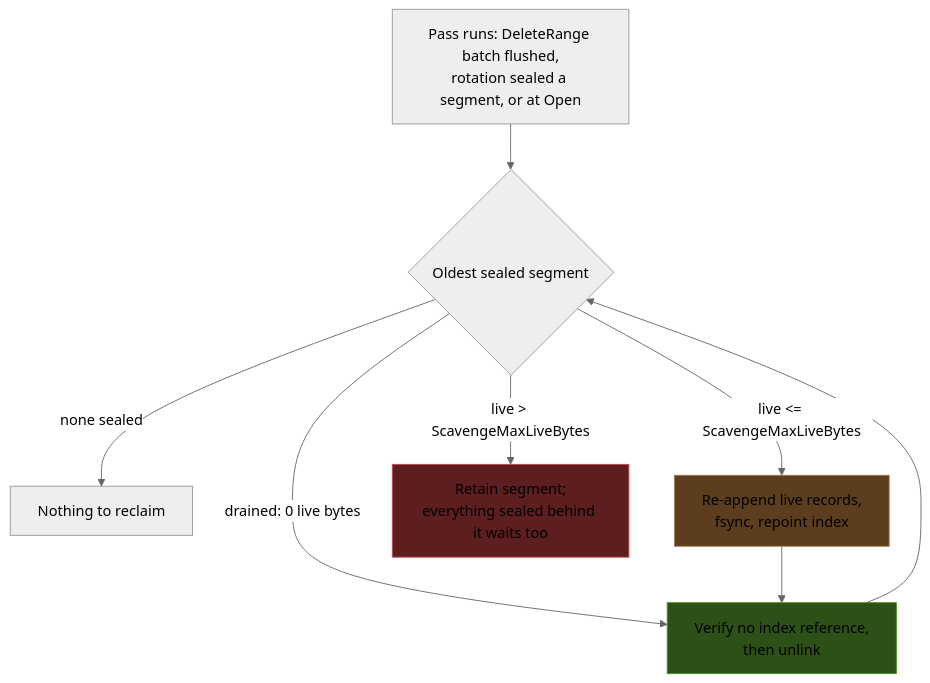
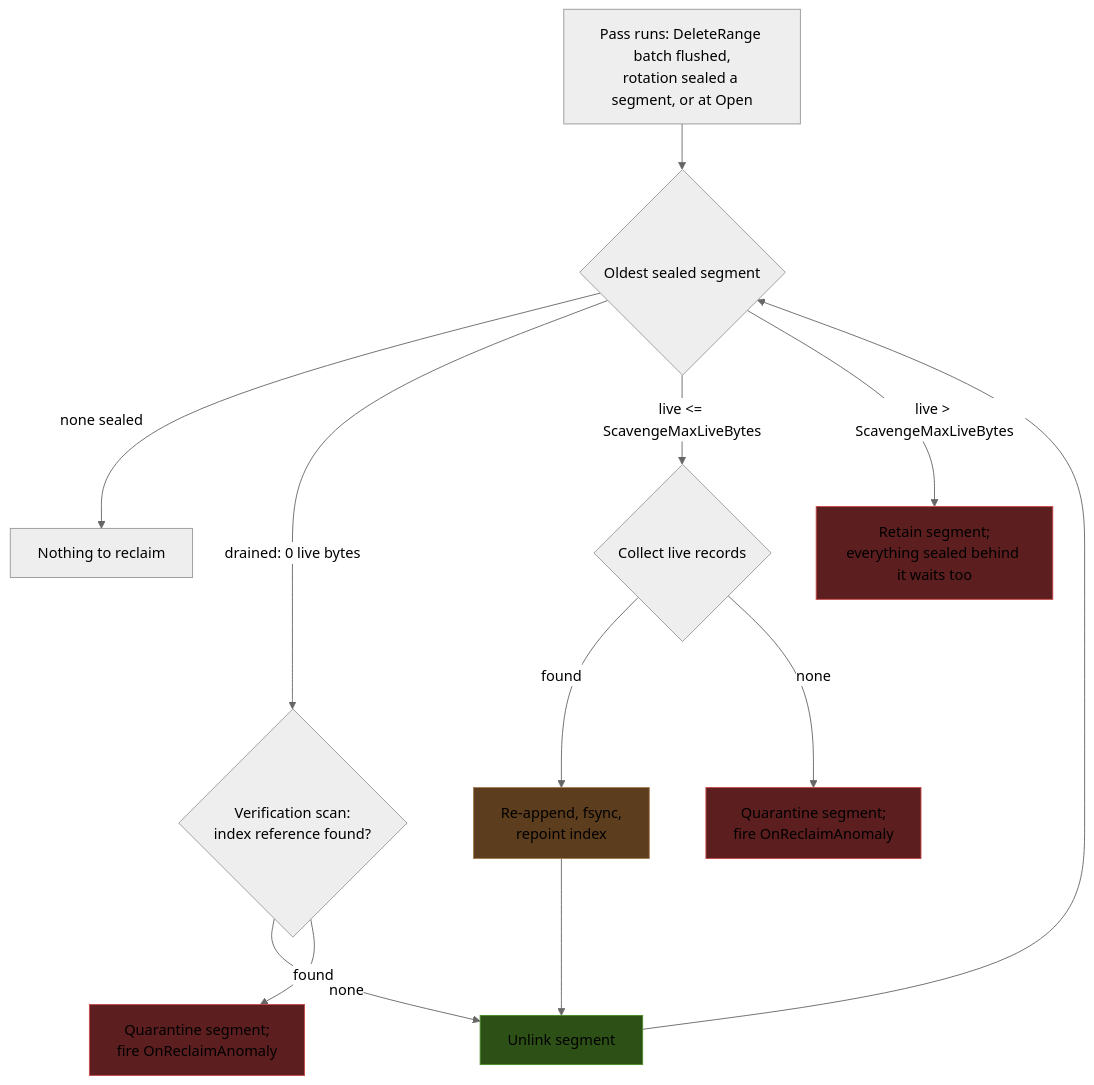
The fourth of 7 diagrams in backend/internal/raftwal/README.md (kluzzebass/gastrolog), drawn with Mermaid (neutral theme) before and after one commit. The commit also changed other lines of this file, not shown here.

Commit message:
docs(raftwal): document the reclamation quarantine path (gastrolog-23iln4)
The Reclamation section described unlink and scavenge as if they always
succeed once a segment reads drained or eligible. Adds the verification-
scan and record-collection branches that can disagree with the live-bytes
counter in either direction, the resulting quarantine + OnReclaimAnomaly,
and the residual (inverse drift past the scavenge threshold goes
undetected). Also notes a transient collect/append error no-ops a
scavenge for later retry. Mermaid flowchart extended with the two
quarantine branches to match.

````diff
--- a/backend/internal/raftwal/README.md
+++ b/backend/internal/raftwal/README.md
@@ -143,14 +143,20 @@
 ```mermaid
 flowchart TD
     T[Pass runs: DeleteRange batch flushed,<br/>rotation sealed a segment, or at Open] --> OLD{Oldest sealed segment}
     OLD -->|none sealed| DONE[Nothing to reclaim]
-    OLD -->|drained: 0 live bytes| UNLINK[Verify no index reference,<br/>then unlink]
+    OLD -->|drained: 0 live bytes| VERIFY{Verification scan:<br/>index reference found?}
+    VERIFY -->|none| UNLINK[Unlink segment]
+    VERIFY -->|found| QUAR1[Quarantine segment;<br/>fire OnReclaimAnomaly]
     UNLINK --> OLD
-    OLD -->|live <= ScavengeMaxLiveBytes| SCAV[Re-append live records,<br/>fsync, repoint index]
+    OLD -->|live <= ScavengeMaxLiveBytes| COLLECT{Collect live records}
+    COLLECT -->|found| SCAV[Re-append, fsync,<br/>repoint index]
+    COLLECT -->|none| QUAR2[Quarantine segment;<br/>fire OnReclaimAnomaly]
     SCAV --> UNLINK
     OLD -->|live > ScavengeMaxLiveBytes| RETAIN[Retain segment;<br/>everything sealed behind it waits too]
 
     style UNLINK fill:#2d5016,stroke:#4a8c28
     style SCAV fill:#5c3d1e,stroke:#a67c52
     style RETAIN fill:#5c1e1e,stroke:#c84a4a
+    style QUAR1 fill:#5c1e1e,stroke:#c84a4a
+    style QUAR2 fill:#5c1e1e,stroke:#c84a4a
 ```
````
